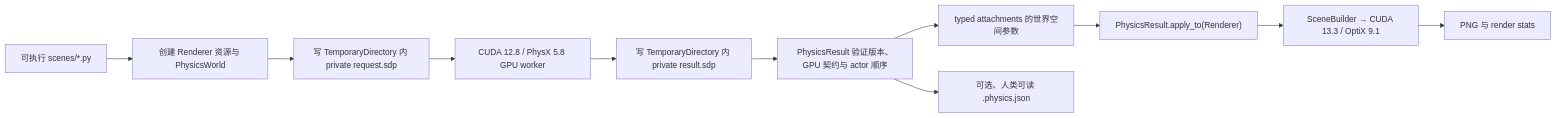
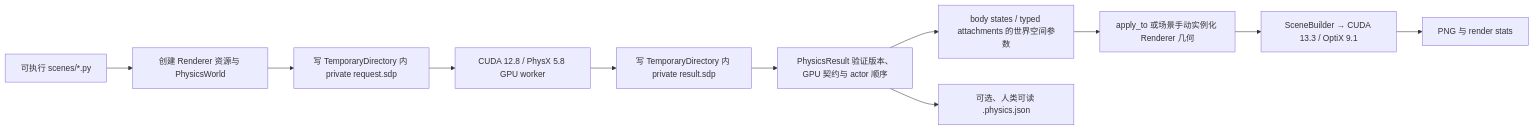
The diagram in docs/PHYSX_SCENE.md (goooxu/SpectralDock), drawn with Mermaid before and after one commit. The commit also changed other lines of this file and 28 other files, not shown here.

```diff
--- a/docs/PHYSX_SCENE.md
+++ b/docs/PHYSX_SCENE.md
@@ -31,13 +35,13 @@
 ~~~mermaid
 flowchart LR
     A["可执行 scenes/*.py"] --> B["创建 Renderer 资源与 PhysicsWorld"]
     B --> C["写 TemporaryDirectory 内 private request.sdp"]
     C --> D["CUDA 12.8 / PhysX 5.8 GPU worker"]
     D --> E["写 TemporaryDirectory 内 private result.sdp"]
     E --> F["PhysicsResult 验证版本、GPU 契约与 actor 顺序"]
-    F --> G["typed attachments 的世界空间参数"]
-    G --> H["PhysicsResult.apply_to(Renderer)"]
+    F --> G["body states / typed attachments 的世界空间参数"]
+    G --> H["apply_to 或场景手动实例化 Renderer 几何"]
     H --> I["SceneBuilder → CUDA 13.3 / OptiX 9.1"]
     I --> J["PNG 与 render stats"]
     F --> K["可选、人类可读 .physics.json"]
 ~~~
```
